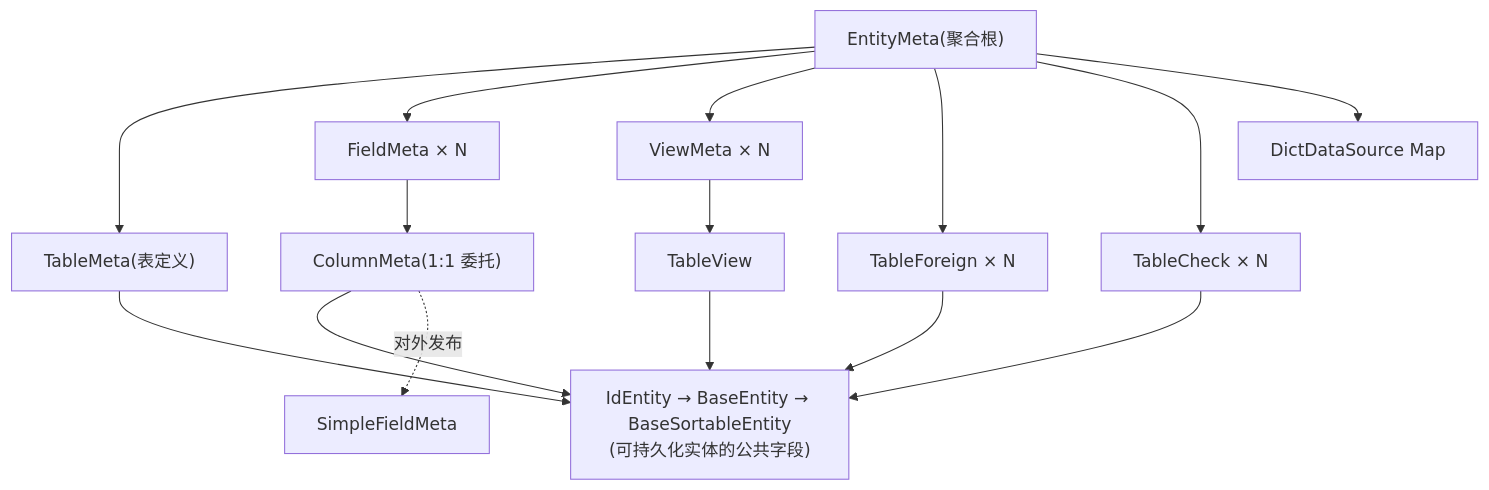
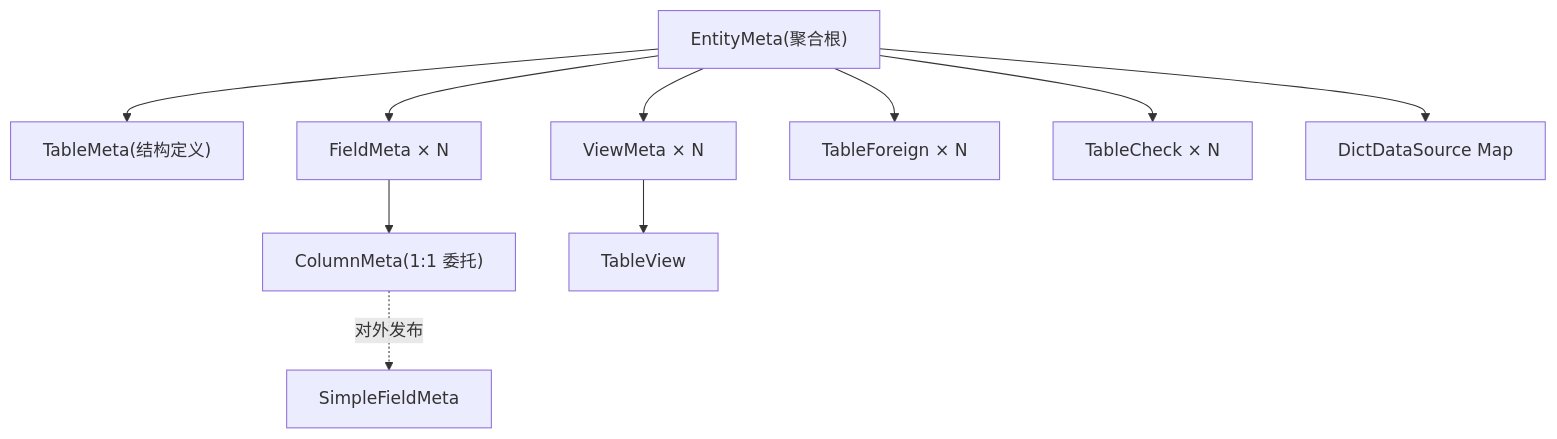
The diagram in website/official-docs/zh-cn/metadata/model.md (geelato-projects/geelato-community-backend), drawn with Mermaid before and after one commit. The commit also changed other lines of this file and 42 other files, not shown here.

````diff
--- a/website/official-docs/zh-cn/metadata/model.md
+++ b/website/official-docs/zh-cn/metadata/model.md
@@ -12,12 +14,11 @@
 ```mermaid
 flowchart TB
-    EM["EntityMeta(聚合根)"] --> TM["TableMeta(表定义)"]
+    EM["EntityMeta(聚合根)"] --> TM["TableMeta(结构定义)"]
     EM --> FM["FieldMeta × N"]
     FM --> CM["ColumnMeta(1:1 委托)"]
     EM --> VM["ViewMeta × N"] --> TV["TableView"]
     EM --> TF["TableForeign × N"]
     EM --> TC["TableCheck × N"]
     EM --> DDS["DictDataSource Map"]
-    TM & CM & TV & TF & TC --> BASE["IdEntity → BaseEntity → BaseSortableEntity<br/>(可持久化实体的公共字段)"]
     CM -.->|"对外发布"| SFM["SimpleFieldMeta"]
 ```
````
